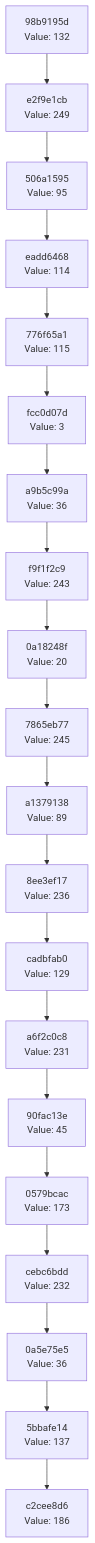
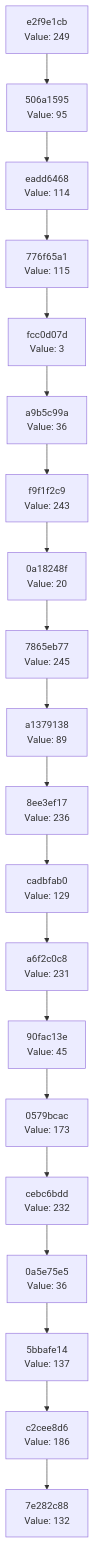
The diagram in docs/CHAIN_VISUALIZATION.md (Abhisheksinha1506/hash-chain-evolver), drawn with Mermaid before and after one commit. The commit also changed 2 other files, not shown here.

Commit message:
Evolution step: hash 0x84 → action executed

````diff
--- a/docs/CHAIN_VISUALIZATION.md
+++ b/docs/CHAIN_VISUALIZATION.md
@@ -3,42 +3,42 @@
 ```mermaid
 graph TD
-    C0["c2cee8d6<br/>Value: 186"]
-    C1["5bbafe14<br/>Value: 137"]
+    C0["7e282c88<br/>Value: 132"]
+    C1["c2cee8d6<br/>Value: 186"]
     C1 --> C0
-    C2["0a5e75e5<br/>Value: 36"]
+    C2["5bbafe14<br/>Value: 137"]
     C2 --> C1
-    C3["cebc6bdd<br/>Value: 232"]
+    C3["0a5e75e5<br/>Value: 36"]
     C3 --> C2
-    C4["0579bcac<br/>Value: 173"]
+    C4["cebc6bdd<br/>Value: 232"]
     C4 --> C3
-    C5["90fac13e<br/>Value: 45"]
+    C5["0579bcac<br/>Value: 173"]
     C5 --> C4
-    C6["a6f2c0c8<br/>Value: 231"]
+    C6["90fac13e<br/>Value: 45"]
     C6 --> C5
-    C7["cadbfab0<br/>Value: 129"]
+    C7["a6f2c0c8<br/>Value: 231"]
     C7 --> C6
-    C8["8ee3ef17<br/>Value: 236"]
+    C8["cadbfab0<br/>Value: 129"]
     C8 --> C7
-    C9["a1379138<br/>Value: 89"]
+    C9["8ee3ef17<br/>Value: 236"]
     C9 --> C8
-    C10["7865eb77<br/>Value: 245"]
+    C10["a1379138<br/>Value: 89"]
     C10 --> C9
-    C11["0a18248f<br/>Value: 20"]
+    C11["7865eb77<br/>Value: 245"]
     C11 --> C10
-    C12["f9f1f2c9<br/>Value: 243"]
+    C12["0a18248f<br/>Value: 20"]
     C12 --> C11
-    C13["a9b5c99a<br/>Value: 36"]
+    C13["f9f1f2c9<br/>Value: 243"]
     C13 --> C12
-    C14["fcc0d07d<br/>Value: 3"]
+    C14["a9b5c99a<br/>Value: 36"]
     C14 --> C13
-    C15["776f65a1<br/>Value: 115"]
+    C15["fcc0d07d<br/>Value: 3"]
     C15 --> C14
-    C16["eadd6468<br/>Value: 114"]
+    C16["776f65a1<br/>Value: 115"]
     C16 --> C15
-    C17["506a1595<br/>Value: 95"]
+    C17["eadd6468<br/>Value: 114"]
     C17 --> C16
-    C18["e2f9e1cb<br/>Value: 249"]
+    C18["506a1595<br/>Value: 95"]
     C18 --> C17
-    C19["98b9195d<br/>Value: 132"]
+    C19["e2f9e1cb<br/>Value: 249"]
     C19 --> C18
 ```
````
